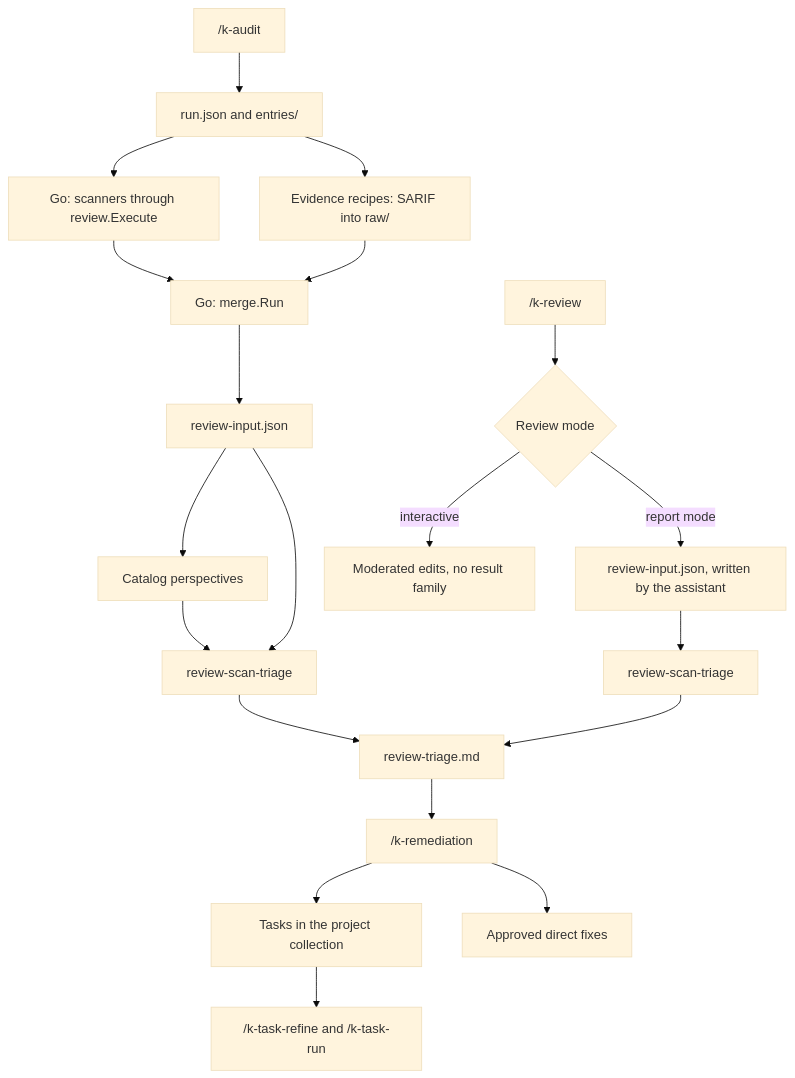
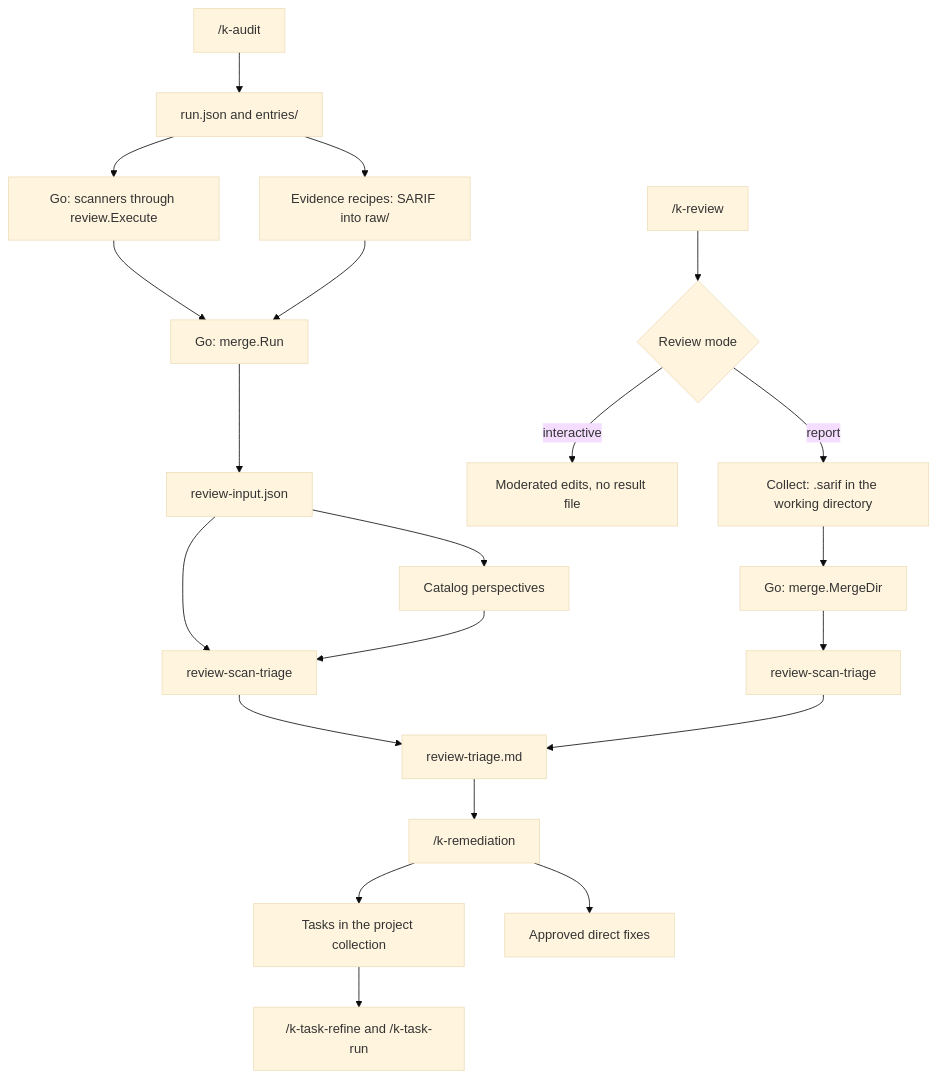
One commit to kascada/k-playbook changed the diagram in defaults/docs/handbook/code-review.md. Above: the diagram before and after it, drawn with Mermaid (base theme). The commit also changed other lines of this file and 80 other files, not shown here.

````diff
--- a/defaults/docs/handbook/code-review.md
+++ b/defaults/docs/handbook/code-review.md
@@ -45,22 +50,23 @@
 ```mermaid
 flowchart TD
     A["/k-audit"] --> B["run.json and entries/"]
     B --> C["Go: scanners through review.Execute"]
     B --> D["Evidence recipes: SARIF into raw/"]
     C --> E["Go: merge.Run"]
     D --> E
     E --> F["review-input.json"]
     F --> G["Catalog perspectives"]
     F --> H["review-scan-triage"]
     G --> H
     H --> T["review-triage.md"]
     I["/k-review <name>"] --> J{"Review mode"}
-    J -->|interactive| K["Moderated edits, no result family"]
-    J -->|report mode| L["review-input.json, written by the assistant"]
-    L --> M["review-scan-triage"]
+    J -->|interactive| K["Moderated edits, no result file"]
+    J -->|report| L["Collect: <recipe>.sarif in the working directory"]
+    L --> R["Go: merge.MergeDir"]
+    R --> M["review-scan-triage"]
     M --> T
     T --> N["/k-remediation"]
     N --> O["Tasks in the project collection"]
     O --> P["/k-task-refine and /k-task-run"]
     N --> Q["Approved direct fixes"]
 ```
````
